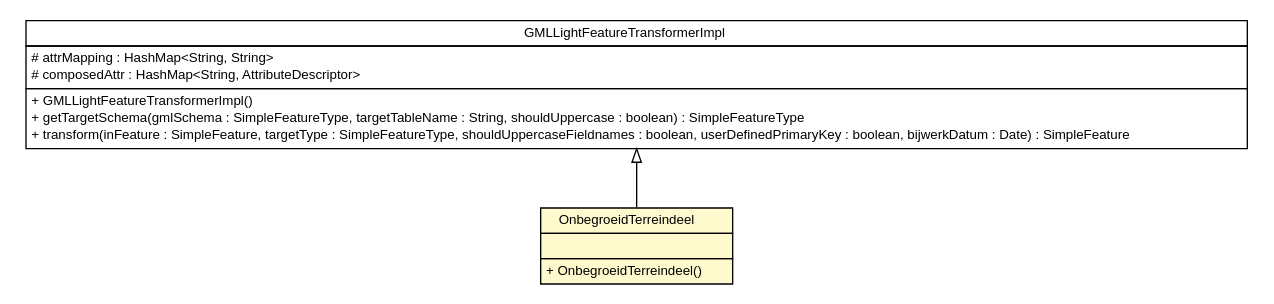
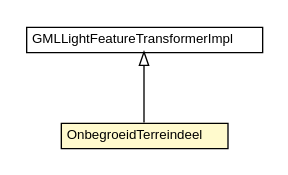
Before and after one commit to B3Partners/brmo: the diagram in bgt-gml-loader/apidocs/nl/b3p/brmo/loader/gml/light/OnbegroeidTerreindeel.dot, drawn with Graphviz. The commit also changed 363 other files, not shown here.

```diff
--- a/bgt-gml-loader/apidocs/nl/b3p/brmo/loader/gml/light/OnbegroeidTerreindeel.dot
+++ b/bgt-gml-loader/apidocs/nl/b3p/brmo/loader/gml/light/OnbegroeidTerreindeel.dot
@@ -1,41 +1,26 @@
 #!/usr/local/bin/dot
 #
 # Class diagram 
 # Generated by UMLGraph version R5_6-24-gf6e263 (http://www.umlgraph.org/)
 #
 
 digraph G {
 	edge [fontname="Helvetica",fontsize=10,labelfontname="Helvetica",labelfontsize=10];
 	node [fontname="Helvetica",fontsize=10,shape=plaintext];
 	nodesep=0.25;
 	ranksep=0.5;
 	// nl.b3p.brmo.loader.gml.light.OnbegroeidTerreindeel
-	c780 [label=<<table title="nl.b3p.brmo.loader.gml.light.OnbegroeidTerreindeel" border="0" cellborder="1" cellspacing="0" cellpadding="2" port="p" bgcolor="lemonChiffon" href="./OnbegroeidTerreindeel.html">
+	c762 [label=<<table title="nl.b3p.brmo.loader.gml.light.OnbegroeidTerreindeel" border="0" cellborder="1" cellspacing="0" cellpadding="2" port="p" bgcolor="lemonChiffon" href="./OnbegroeidTerreindeel.html">
 		<tr><td><table border="0" cellspacing="0" cellpadding="1">
 <tr><td align="center" balign="center"> OnbegroeidTerreindeel </td></tr>
 		</table></td></tr>
-		<tr><td><table border="0" cellspacing="0" cellpadding="1">
-<tr><td align="left" balign="left">  </td></tr>
-		</table></td></tr>
-		<tr><td><table border="0" cellspacing="0" cellpadding="1">
-<tr><td align="left" balign="left"> + OnbegroeidTerreindeel() </td></tr>
-		</table></td></tr>
 		</table>>, URL="./OnbegroeidTerreindeel.html", fontname="Helvetica", fontcolor="black", fontsize=10.0];
 	// nl.b3p.brmo.loader.gml.light.GMLLightFeatureTransformerImpl
-	c797 [label=<<table title="nl.b3p.brmo.loader.gml.light.GMLLightFeatureTransformerImpl" border="0" cellborder="1" cellspacing="0" cellpadding="2" port="p" href="./GMLLightFeatureTransformerImpl.html">
+	c779 [label=<<table title="nl.b3p.brmo.loader.gml.light.GMLLightFeatureTransformerImpl" border="0" cellborder="1" cellspacing="0" cellpadding="2" port="p" href="./GMLLightFeatureTransformerImpl.html">
 		<tr><td><table border="0" cellspacing="0" cellpadding="1">
 <tr><td align="center" balign="center"> GMLLightFeatureTransformerImpl </td></tr>
 		</table></td></tr>
-		<tr><td><table border="0" cellspacing="0" cellpadding="1">
-<tr><td align="left" balign="left"> # attrMapping : HashMap&lt;String, String&gt; </td></tr>
-<tr><td align="left" balign="left"> # composedAttr : HashMap&lt;String, AttributeDescriptor&gt; </td></tr>
-		</table></td></tr>
-		<tr><td><table border="0" cellspacing="0" cellpadding="1">
-<tr><td align="left" balign="left"> + GMLLightFeatureTransformerImpl() </td></tr>
-<tr><td align="left" balign="left"> + getTargetSchema(gmlSchema : SimpleFeatureType, targetTableName : String, shouldUppercase : boolean) : SimpleFeatureType </td></tr>
-<tr><td align="left" balign="left"> + transform(inFeature : SimpleFeature, targetType : SimpleFeatureType, shouldUppercaseFieldnames : boolean, userDefinedPrimaryKey : boolean, bijwerkDatum : Date) : SimpleFeature </td></tr>
-		</table></td></tr>
 		</table>>, URL="./GMLLightFeatureTransformerImpl.html", fontname="Helvetica", fontcolor="black", fontsize=10.0];
 	//nl.b3p.brmo.loader.gml.light.OnbegroeidTerreindeel extends nl.b3p.brmo.loader.gml.light.GMLLightFeatureTransformerImpl
-	c797:p -> c780:p [dir=back,arrowtail=empty];
+	c779:p -> c762:p [dir=back,arrowtail=empty];
 }
```
